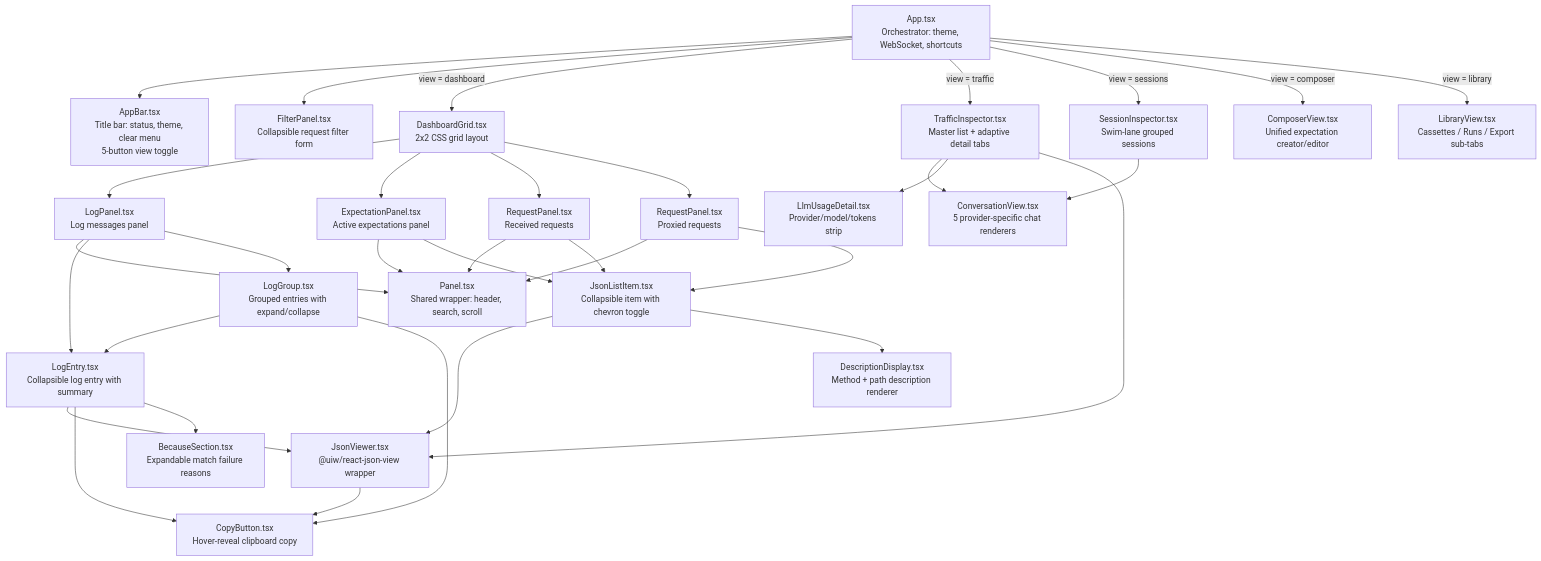
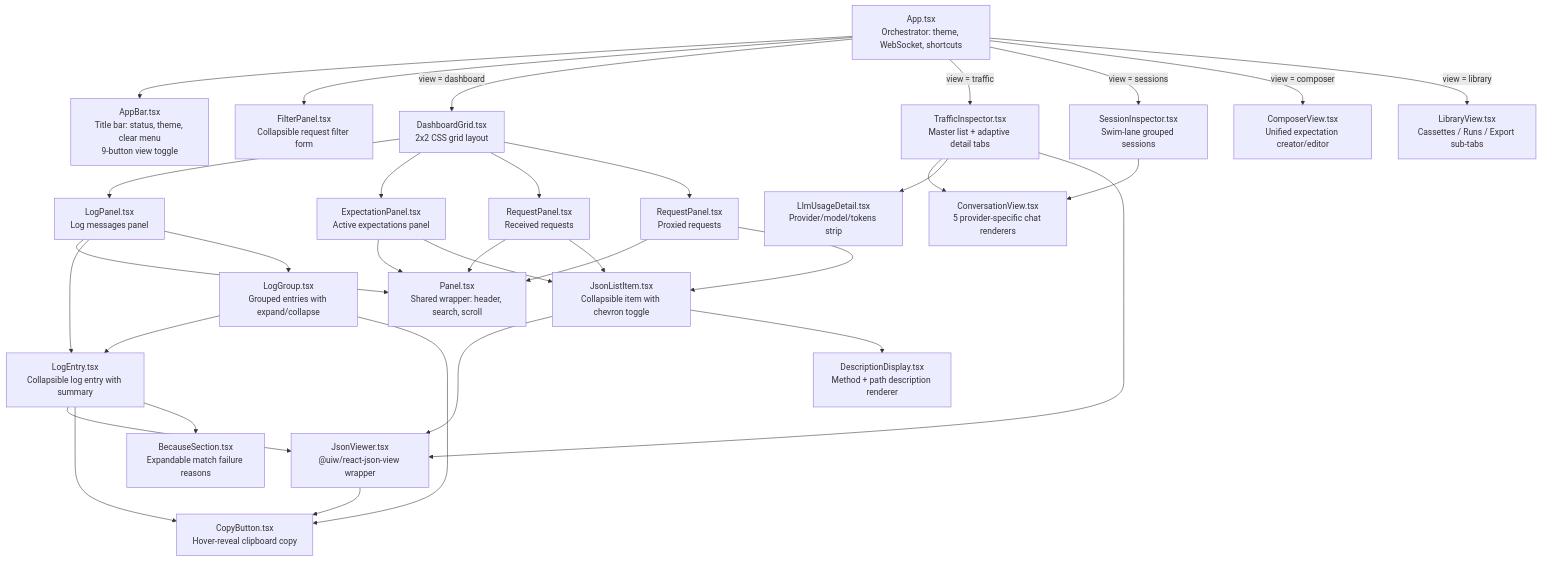
The sixth of 7 diagrams in docs/code/dashboard-ui.md (weotr/mockserver-monorepo), drawn with Mermaid before and after one commit. The commit also changed other lines of this file and 9 other files, not shown here.

````diff
--- a/docs/code/dashboard-ui.md
+++ b/docs/code/dashboard-ui.md
@@ -379,81 +400,81 @@
 ```mermaid
 graph TB
     APP["App.tsx
 Orchestrator: theme, WebSocket, shortcuts"]
     AB["AppBar.tsx
 Title bar: status, theme, clear menu
-5-button view toggle"]
+9-button view toggle"]
     FP["FilterPanel.tsx
 Collapsible request filter form"]
     DG["DashboardGrid.tsx
 2x2 CSS grid layout"]
     TI["TrafficInspector.tsx
 Master list + adaptive detail tabs"]
     SI["SessionInspector.tsx
 Swim-lane grouped sessions"]
     CV["ComposerView.tsx
 Unified expectation creator/editor"]
     LV["LibraryView.tsx
 Cassettes / Runs / Export sub-tabs"]
     CVW["ConversationView.tsx
 5 provider-specific chat renderers"]
     LUD["LlmUsageDetail.tsx
 Provider/model/tokens strip"]
     LP["LogPanel.tsx
 Log messages panel"]
     EP["ExpectationPanel.tsx
 Active expectations panel"]
     RP1["RequestPanel.tsx
 Received requests"]
     RP2["RequestPanel.tsx
 Proxied requests"]
     P["Panel.tsx
 Shared wrapper: header, search, scroll"]
     LE["LogEntry.tsx
 Collapsible log entry with summary"]
     LG["LogGroup.tsx
 Grouped entries with expand/collapse"]
     JLI["JsonListItem.tsx
 Collapsible item with chevron toggle"]
     JV["JsonViewer.tsx
 @uiw/react-json-view wrapper"]
     CB["CopyButton.tsx
 Hover-reveal clipboard copy"]
     DD["DescriptionDisplay.tsx
 Method + path description renderer"]
     BS["BecauseSection.tsx
 Expandable match failure reasons"]
 
     APP --> AB
     APP --> FP
     APP -->|view = dashboard| DG
     APP -->|view = traffic| TI
     APP -->|view = sessions| SI
     APP -->|view = composer| CV
     APP -->|view = library| LV
     TI --> CVW
     TI --> LUD
     TI --> JV
     SI --> CVW
     DG --> LP
     DG --> EP
     DG --> RP1
     DG --> RP2
     LP --> P
     EP --> P
     RP1 --> P
     RP2 --> P
     LP --> LE
     LP --> LG
     LG --> LE
     EP --> JLI
     RP1 --> JLI
     RP2 --> JLI
     JLI --> JV
     JLI --> DD
     LE --> JV
     LE --> CB
     LE --> BS
     LG --> CB
     JV --> CB
 ```
````
